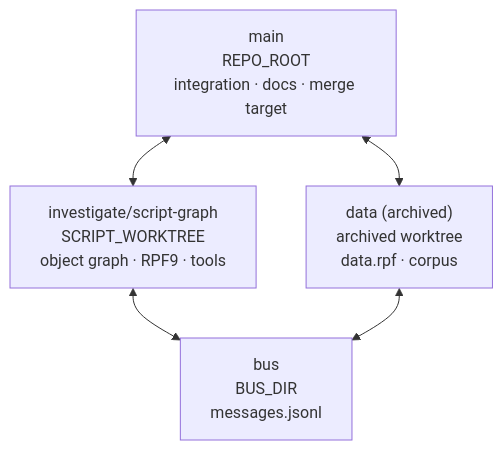
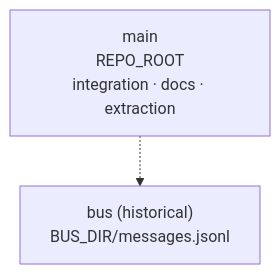
Before and after one commit to lynxnathan/rage-tools-vi: the first of 4 diagrams in docs/workstreams/collaboration.md, drawn with Mermaid. The commit also changed other lines of this file and 8 other files, not shown here.

````diff
--- a/docs/workstreams/collaboration.md
+++ b/docs/workstreams/collaboration.md
@@ -16,12 +16,7 @@
 ```mermaid
 flowchart TB
-    MAIN["main<br/>REPO_ROOT<br/>integration · docs · merge target"]
-    SCRIPT["investigate/script-graph<br/>SCRIPT_WORKTREE<br/>object graph · RPF9 · tools"]
-    DATA["data (archived)<br/>archived worktree<br/>data.rpf · corpus"]
-    BUS["bus<br/>BUS_DIR<br/>messages.jsonl"]
+    MAIN["main<br/>REPO_ROOT<br/>integration · docs · extraction"]
+    BUS["bus (historical)<br/>BUS_DIR/messages.jsonl"]
 
-    MAIN <--> SCRIPT
-    MAIN <--> DATA
-    SCRIPT <--> BUS
-    DATA <--> BUS
+    MAIN -.-> BUS
 ```
````
